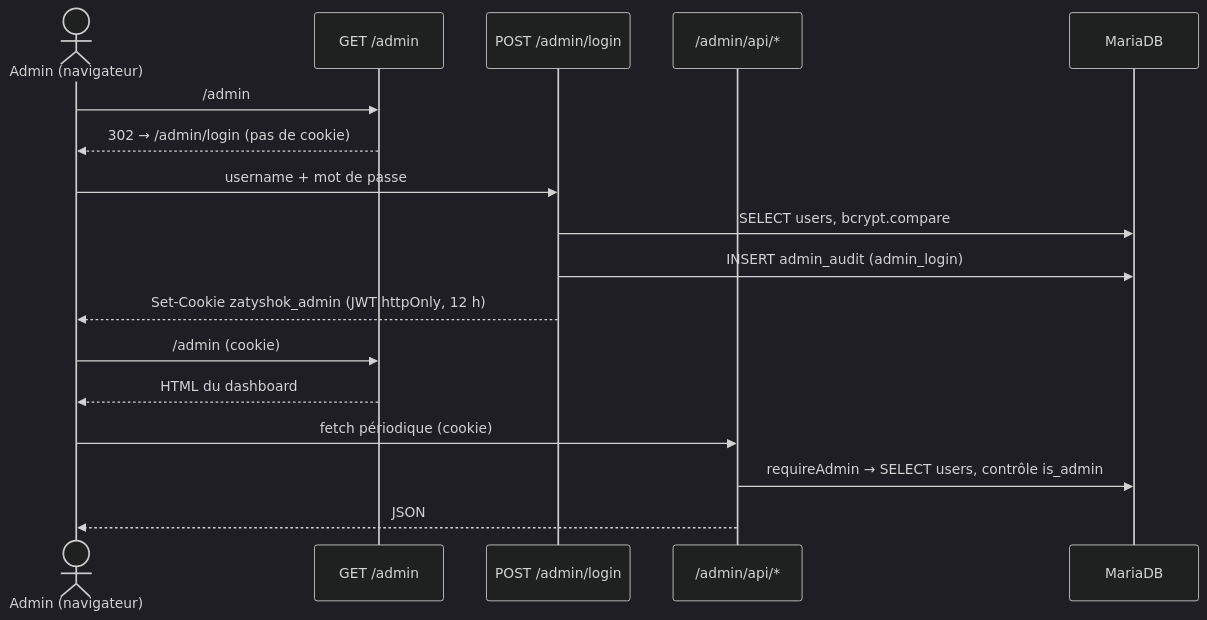
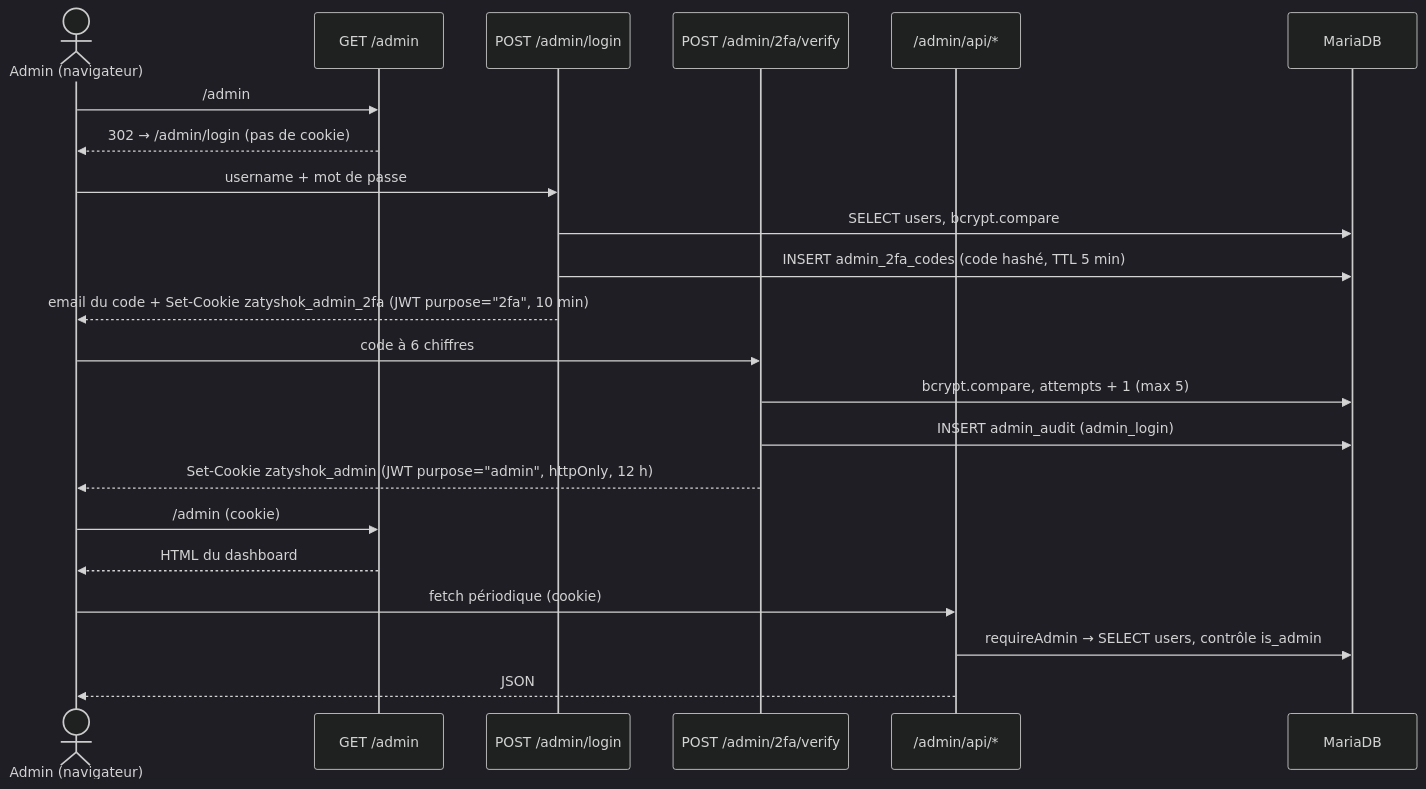
One commit to xEsiah/Zatyshok changed the diagram in docs/admin.md. Above: the diagram before and after it, drawn with Mermaid (dark theme). The commit also changed other lines of this file, not shown here.

Commit message:
docs: document admin 2FA flow

````diff
--- a/docs/admin.md
+++ b/docs/admin.md
@@ -29,20 +29,25 @@
 ```mermaid
 sequenceDiagram
     actor A as Admin (navigateur)
     participant P as GET /admin
     participant L as POST /admin/login
+    participant V as POST /admin/2fa/verify
     participant API as /admin/api/*
     participant DB as MariaDB
 
     A->>P: /admin
     P-->>A: 302 → /admin/login (pas de cookie)
     A->>L: username + mot de passe
     L->>DB: SELECT users, bcrypt.compare
-    L->>DB: INSERT admin_audit (admin_login)
-    L-->>A: Set-Cookie zatyshok_admin (JWT httpOnly, 12 h)
+    L->>DB: INSERT admin_2fa_codes (code hashé, TTL 5 min)
+    L-->>A: email du code + Set-Cookie zatyshok_admin_2fa (JWT purpose="2fa", 10 min)
+    A->>V: code à 6 chiffres
+    V->>DB: bcrypt.compare, attempts + 1 (max 5)
+    V->>DB: INSERT admin_audit (admin_login)
+    V-->>A: Set-Cookie zatyshok_admin (JWT purpose="admin", httpOnly, 12 h)
     A->>P: /admin (cookie)
     P-->>A: HTML du dashboard
     A->>API: fetch périodique (cookie)
     API->>DB: requireAdmin → SELECT users, contrôle is_admin
     API-->>A: JSON
 ```
````
